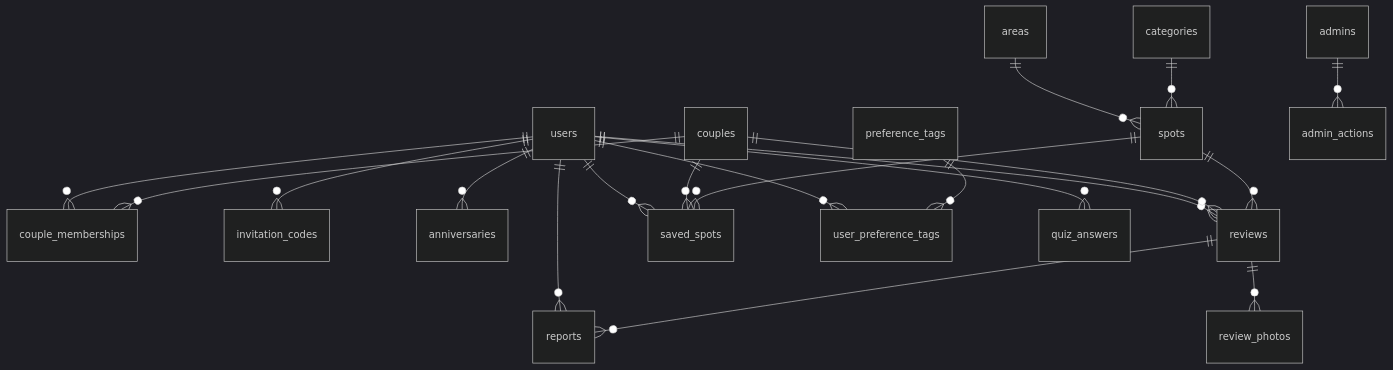
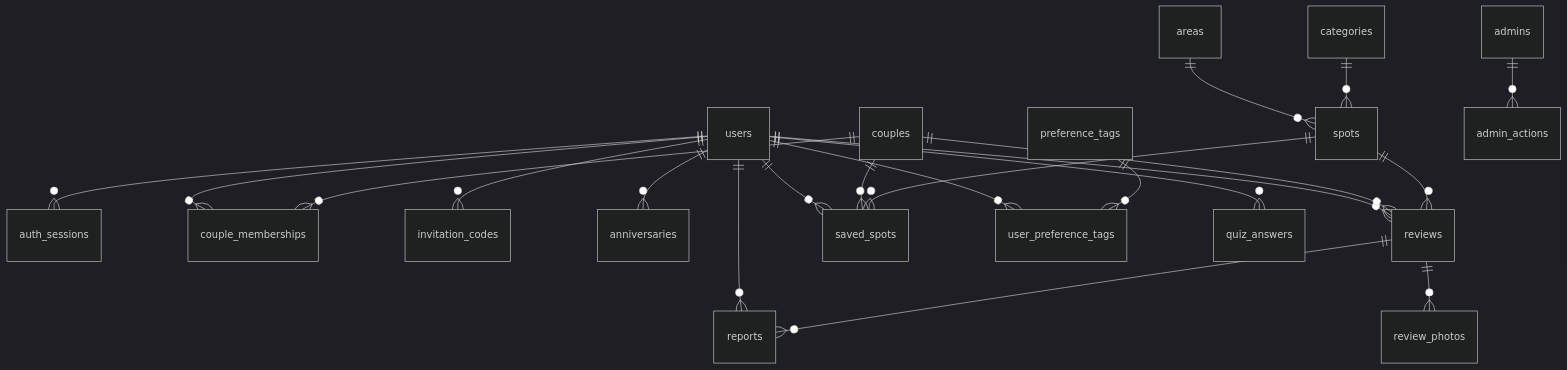
The diagram in doc/er-and-db-design.md (Hashimoto-Noriaki/couple-gifted), drawn with Mermaid (dark theme) before and after one commit. The commit also changed other lines of this file, not shown here.

Commit message:
docs: ER設計に認証セッション（auth_sessions）を追加

````diff
--- a/doc/er-and-db-design.md
+++ b/doc/er-and-db-design.md
@@ -205,22 +211,23 @@
 ```mermaid
 erDiagram
+  users ||--o{ auth_sessions : ""
   users ||--o{ couple_memberships : ""
   couples ||--o{ couple_memberships : ""
   users ||--o{ invitation_codes : ""
   users ||--o{ anniversaries : ""
   users ||--o{ reviews : ""
   couples ||--o{ reviews : ""
   spots ||--o{ reviews : ""
   reviews ||--o{ review_photos : ""
   users ||--o{ saved_spots : ""
   couples ||--o{ saved_spots : ""
   spots ||--o{ saved_spots : ""
   users ||--o{ reports : ""
   reviews ||--o{ reports : ""
   areas ||--o{ spots : ""
   categories ||--o{ spots : ""
   users ||--o{ user_preference_tags : ""
   preference_tags ||--o{ user_preference_tags : ""
   users ||--o{ quiz_answers : ""
   admins ||--o{ admin_actions : ""
 ```
````
